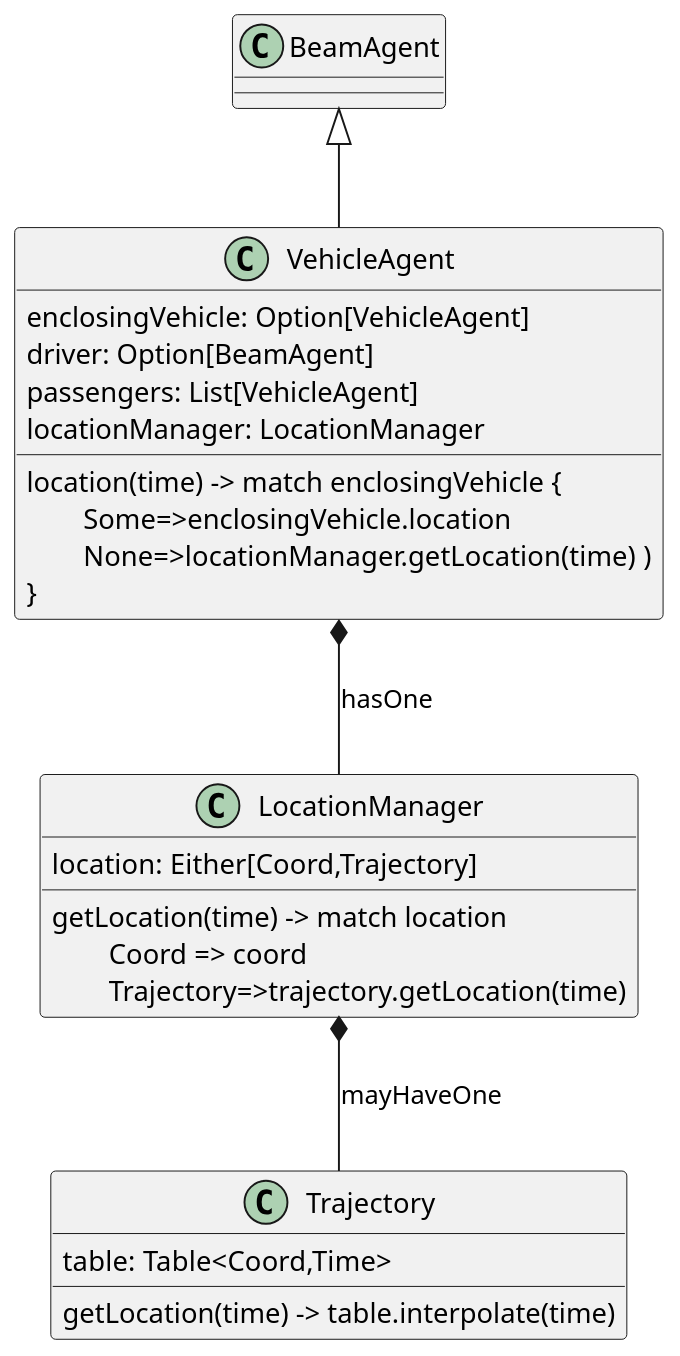
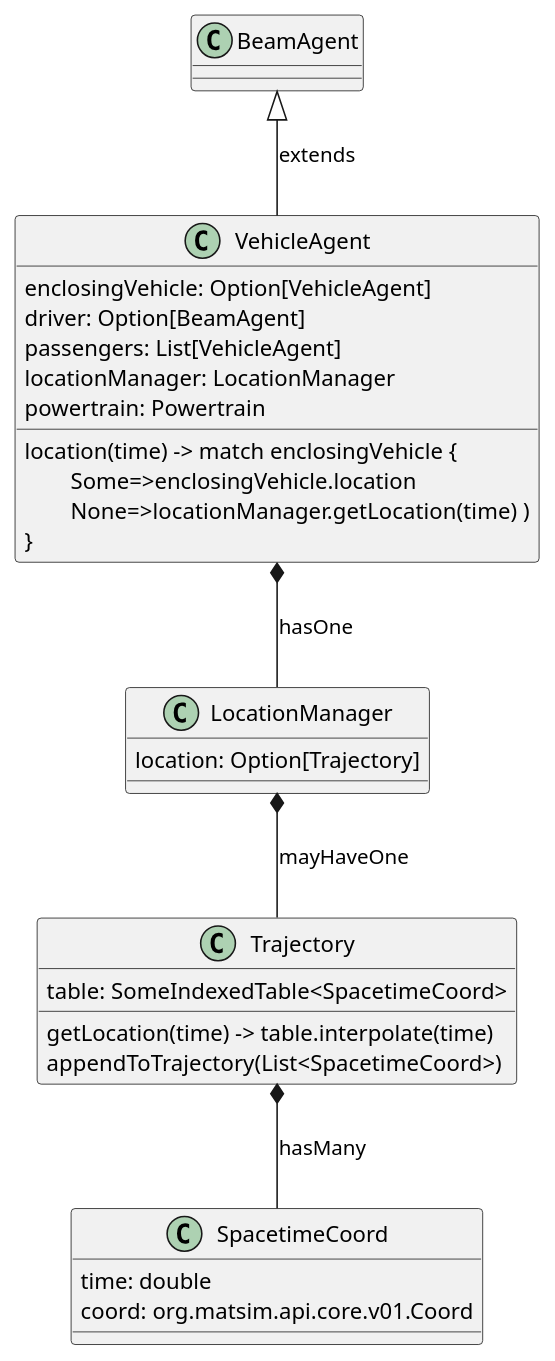
The diagram in docs/uml/VehicleAgentSpec.puml (LBNL-UCB-STI/beam), drawn with PlantUML before and after one commit.

Commit message:
more details and questions

```diff
--- a/docs/uml/VehicleAgentSpec.puml
+++ b/docs/uml/VehicleAgentSpec.puml
@@ -1,45 +1,51 @@
 @startuml
 scale 900 height
 
 ' See this page for diagram conventions:
 ' http://plantuml.com/class-diagram
 
 /'
 NOTES:
 A driver is a BeamAgent and does NOT need to be physically inside vehicle
 passengers are BeamVehicles and are physically in vehicle and move with the vehicle
 (e.g. a PersonAgent who is driving alone would be the driver of the vehicle and his/her
 HumanBodyVehicle would be a passenger)
 HumanBody is a special case, it has no passengers, just a driver
  '/
 
 class BeamAgent {
 }
 
 class VehicleAgent {
   enclosingVehicle: Option[VehicleAgent]
   driver: Option[BeamAgent]
   passengers: List[VehicleAgent]
   locationManager: LocationManager
+  powertrain: Powertrain
   location(time) -> match enclosingVehicle { \n\tSome=>enclosingVehicle.location\n\tNone=>locationManager.getLocation(time) )\n}
 }
 
+'Either make this an actor or remove and have trajectory under VehAgent
 class LocationManager {
-   location: Either[Coord,Trajectory]
-   getLocation(time) -> match location\n\tCoord => coord\n\tTrajectory=>trajectory.getLocation(time)
+   location: Option[Trajectory]
 }
 
 class Trajectory {
-   table: Table<Coord,Time>
+   table: SomeIndexedTable<SpacetimeCoord>
    getLocation(time) -> table.interpolate(time)
+   appendToTrajectory(List<SpacetimeCoord>)
 }
 
-BeamAgent <|-- VehicleAgent
+class SpacetimeCoord {
+    time: double
+    coord: org.matsim.api.core.v01.Coord
+}
+
+BeamAgent <|-- VehicleAgent : extends
 
 VehicleAgent *-- LocationManager : hasOne
 LocationManager *-- Trajectory : mayHaveOne
-
-
+Trajectory *-- SpacetimeCoord: hasMany
 
 
 @enduml
```
